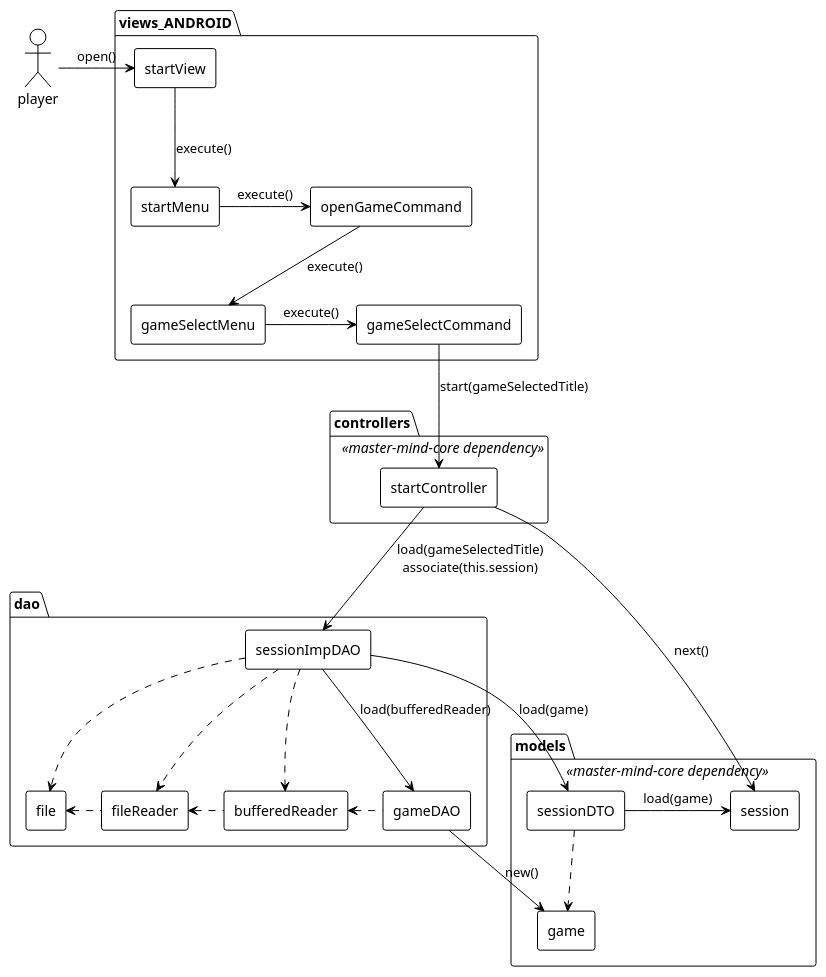
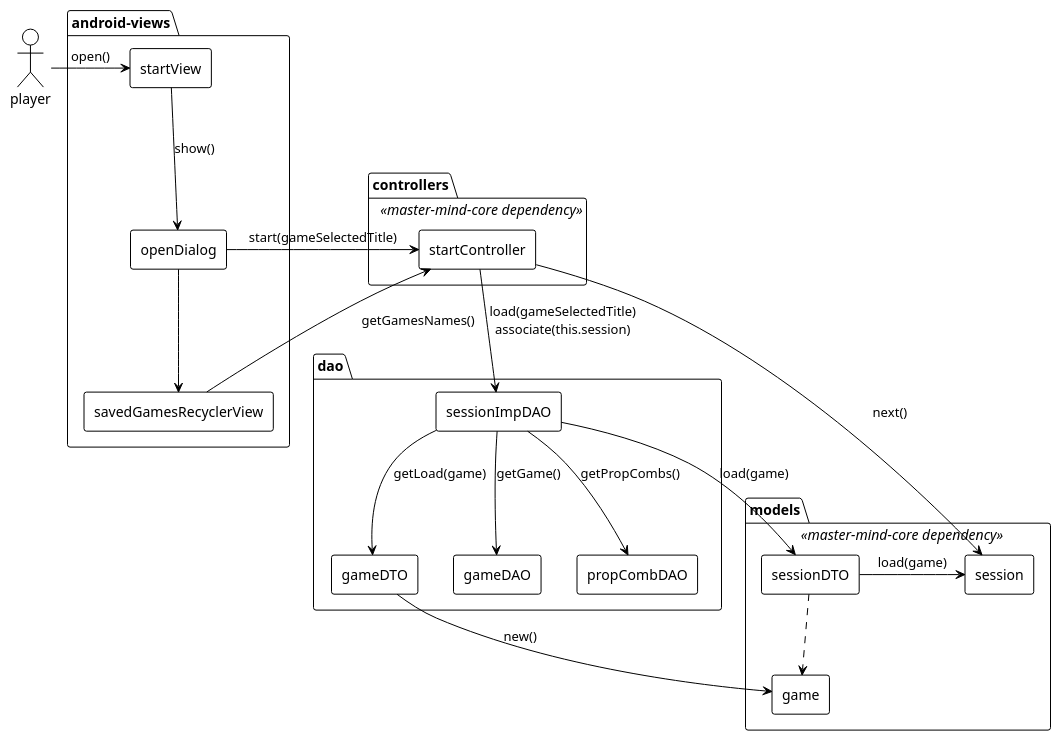
The diagram in docs/colaboration_open/colaboration_open.plantuml (PacoMorando/master-mind-android), drawn with PlantUML before and after one commit. The commit also changed 3 other files, not shown here.

```diff
--- a/docs/colaboration_open/colaboration_open.plantuml
+++ b/docs/colaboration_open/colaboration_open.plantuml
@@ -1,53 +1,48 @@
 @startuml colaboration-open
 !theme plain
 
 actor player
 
-package views_ANDROID {
+package android-views {
     agent startView
-    agent startMenu
-    agent openGameCommand
-    agent gameSelectMenu
-    agent gameSelectCommand
+    agent openDialog
+    agent savedGamesRecyclerView
 }
 
 player -right-> startView :open()
-startView --> startMenu :execute()
-startMenu -right-> openGameCommand :execute()
-openGameCommand --> gameSelectMenu :execute()
-gameSelectMenu -right-> gameSelectCommand :execute()
+startView --> openDialog :show()
+openDialog --> savedGamesRecyclerView
 
 package controllers <<master-mind-core dependency>> {
     agent startController
 }
-gameSelectCommand --> startController :start(gameSelectedTitle)
+
+openDialog -left-> startController :start(gameSelectedTitle)
+savedGamesRecyclerView -left-> startController :getGamesNames()
 
 package dao {
     agent sessionImpDAO
     agent gameDAO
-    agent file 
-    agent fileReader
-    agent bufferedReader
+    agent propCombDAO
+    agent gameDTO
 }
 
 package models <<master-mind-core dependency>>{
     agent session
     agent sessionDTO
     agent game
 }
 
 startController --> session :next()
 startController --> sessionImpDAO :load(gameSelectedTitle)\nassociate(this.session)
-sessionImpDAO --> gameDAO :load(bufferedReader)
+sessionImpDAO --> gameDAO :getGame()
+sessionImpDAO --> propCombDAO :getPropCombs()
 sessionImpDAO --> sessionDTO :load(game)
-sessionImpDAO ..> file
-sessionImpDAO ..> fileReader
-sessionImpDAO ..> bufferedReader
-fileReader .left.> file
-bufferedReader .left.> fileReader
-gameDAO .left.> bufferedReader
+sessionImpDAO --> gameDTO :getLoad(game)
+
+
 sessionDTO -right-> session :load(game) 
 sessionDTO ..> game 
-gameDAO -right-> game :new()
+gameDTO -right-> game :new()
 
 @enduml
```
